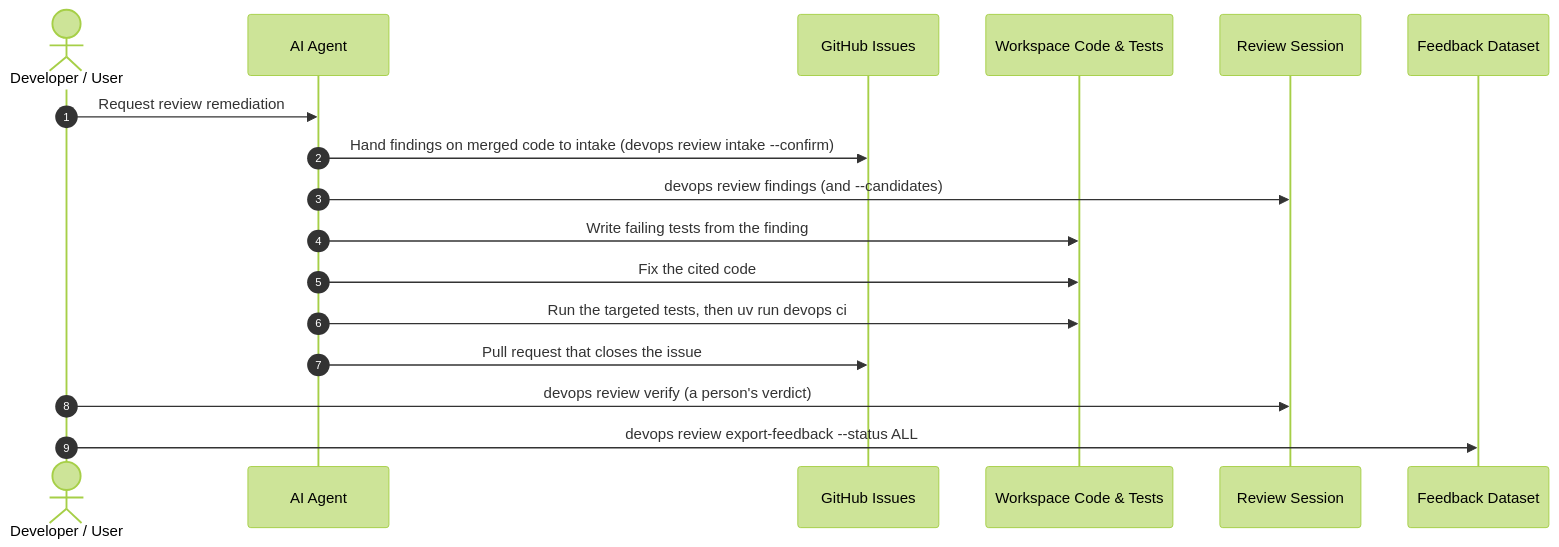
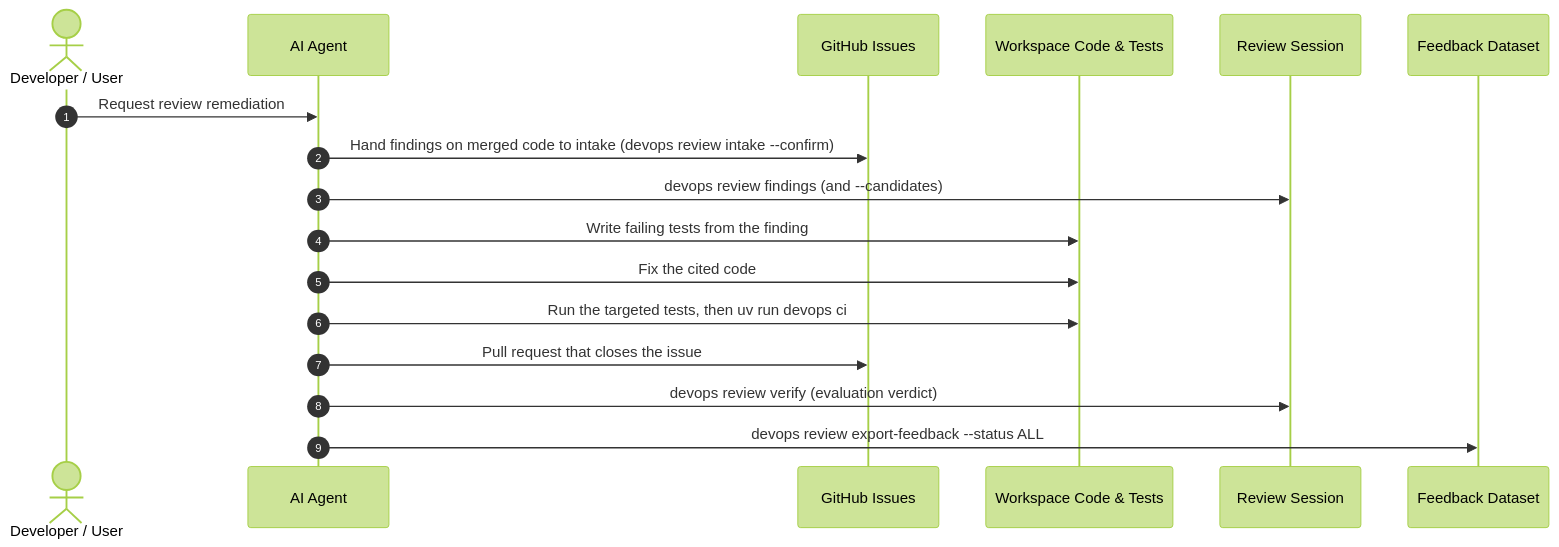
Before and after one commit to dan-petty/devops-cli: the second of 2 diagrams in docs/SELF_IMPROVEMENT.md, drawn with Mermaid (forest theme). The commit also changed other lines of this file and 30 other files, not shown here.

````diff
--- a/docs/SELF_IMPROVEMENT.md
+++ b/docs/SELF_IMPROVEMENT.md
@@ -492,20 +492,20 @@
 ```mermaid
 sequenceDiagram
     autonumber
     actor Person as Developer / User
     participant Agent as AI Agent
     participant GH as GitHub Issues
     participant Code as Workspace Code & Tests
     participant Session as Review Session
     participant Dataset as Feedback Dataset
 
     Person->>Agent: Request review remediation
     Agent->>GH: Hand findings on merged code to intake (devops review intake --confirm)
     Agent->>Session: devops review findings (and --candidates)
     Agent->>Code: Write failing tests from the finding
     Agent->>Code: Fix the cited code
     Agent->>Code: Run the targeted tests, then uv run devops ci
     Agent->>GH: Pull request that closes the issue
-    Person->>Session: devops review verify (a person's verdict)
-    Person->>Dataset: devops review export-feedback --status ALL
+    Agent->>Session: devops review verify (evaluation verdict)
+    Agent->>Dataset: devops review export-feedback --status ALL
 ```
````
